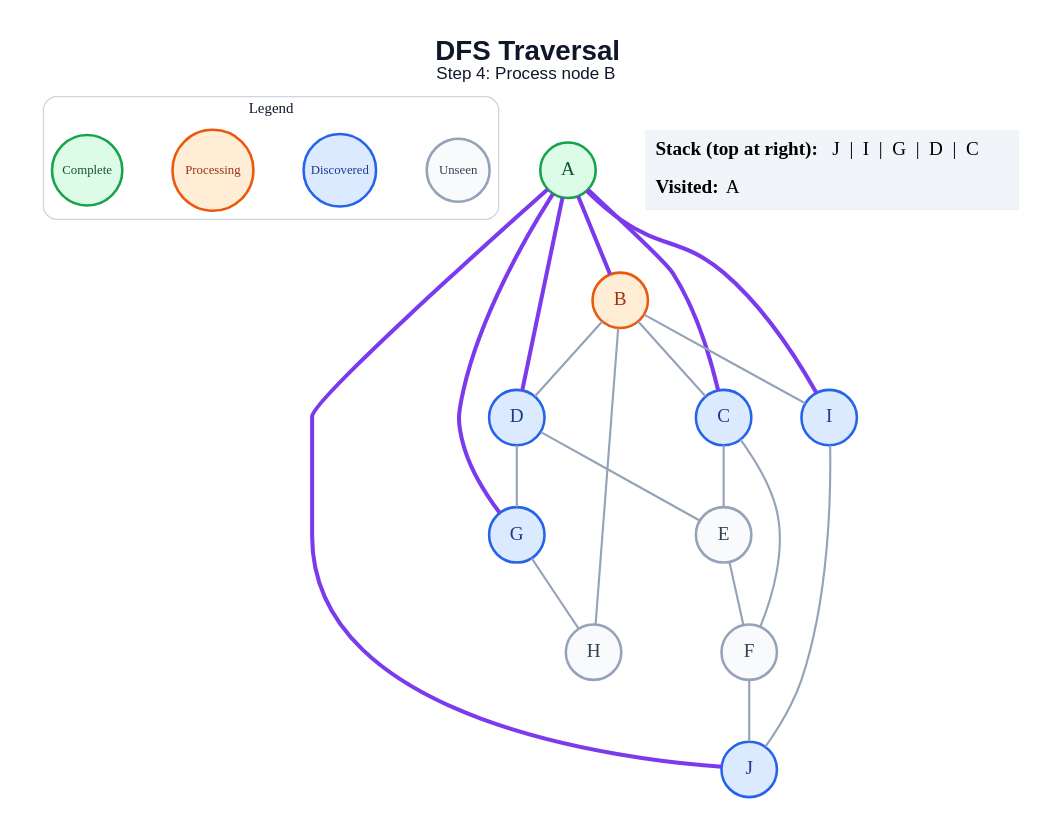
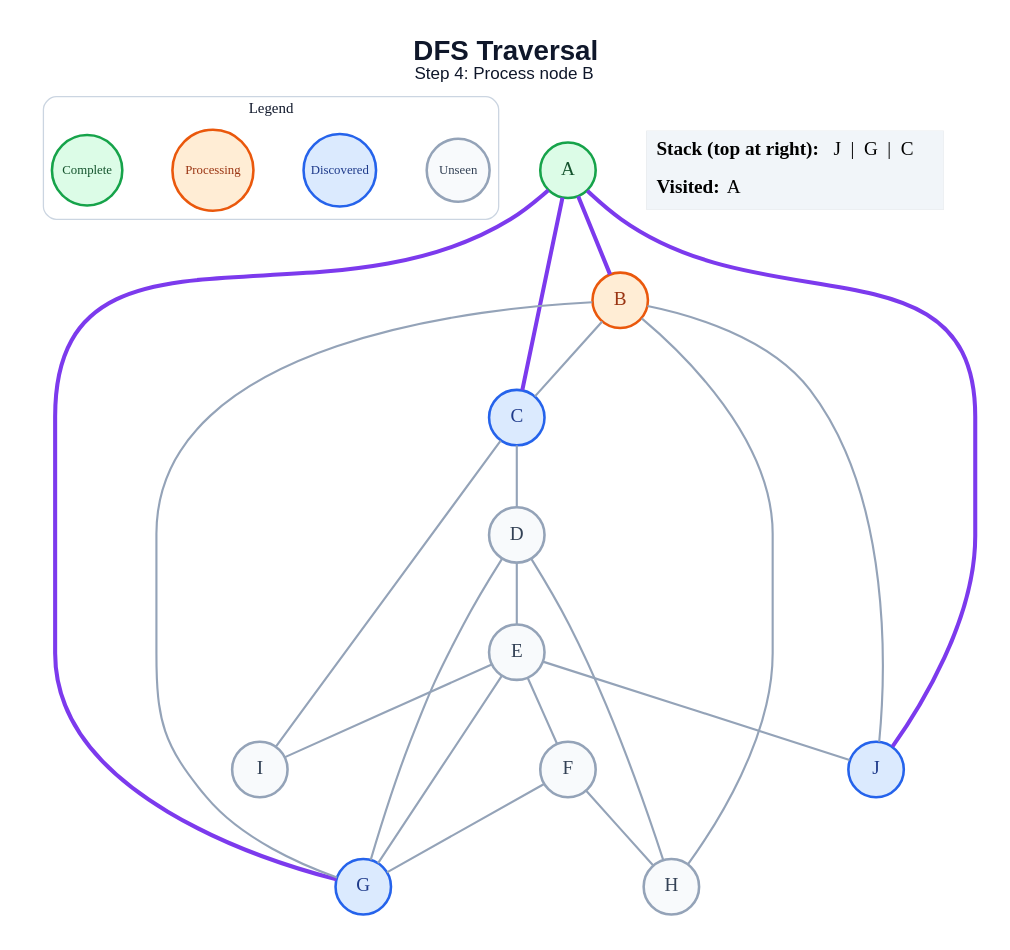
One commit to amanghodawala9/ai-slop changed the diagram in generated/dfs/step_04.dot. Above: the diagram before and after it, drawn with Graphviz. The commit also changed 178 other files, not shown here.

```diff
--- a/generated/dfs/step_04.dot
+++ b/generated/dfs/step_04.dot
@@ -1,47 +1,48 @@
 graph traversal {
   graph [layout=dot, rankdir=TB, bgcolor="#FFFFFF", pad="0.35", nodesep="0.65", ranksep="0.8", fontname="Arial"];
   node [shape=circle, style="filled", fontname="Arial Bold", fontsize=18, width=0.72, fixedsize=true, penwidth=2.4];
   edge [color="#94A3B8", penwidth=2.0];
   label=<<B>DFS Traversal</B><BR/><FONT POINT-SIZE="16">Step 4: Process node B</FONT>>; labelloc="t"; fontsize=26; fontname="Arial"; fontcolor="#0F172A";
   subgraph cluster_legend { label="Legend"; color="#CBD5E1"; penwidth=1.2; style="rounded"; fontsize=14; fontname="Arial Bold";
     key_unseen [label="Unseen", fillcolor="#F8FAFC", color="#94A3B8", fontcolor="#334155", fontsize=12, width=0.82];
     key_frontier [label="Discovered", fillcolor="#DBEAFE", color="#2563EB", fontcolor="#1E3A8A", fontsize=12, width=0.95];
     key_current [label="Processing", fillcolor="#FFEDD5", color="#EA580C", fontcolor="#9A3412", fontsize=12, width=1.05];
     key_done [label="Complete", fillcolor="#DCFCE7", color="#16A34A", fontcolor="#14532D", fontsize=12, width=0.92];
     { rank=same; key_unseen; key_frontier; key_current; key_done; }
   }
   A [fillcolor="#DCFCE7", color="#16A34A", fontcolor="#14532D"];
   B [fillcolor="#FFEDD5", color="#EA580C", fontcolor="#9A3412"];
   C [fillcolor="#DBEAFE", color="#2563EB", fontcolor="#1E3A8A"];
-  D [fillcolor="#DBEAFE", color="#2563EB", fontcolor="#1E3A8A"];
+  D [fillcolor="#F8FAFC", color="#94A3B8", fontcolor="#334155"];
   E [fillcolor="#F8FAFC", color="#94A3B8", fontcolor="#334155"];
   F [fillcolor="#F8FAFC", color="#94A3B8", fontcolor="#334155"];
   G [fillcolor="#DBEAFE", color="#2563EB", fontcolor="#1E3A8A"];
   H [fillcolor="#F8FAFC", color="#94A3B8", fontcolor="#334155"];
-  I [fillcolor="#DBEAFE", color="#2563EB", fontcolor="#1E3A8A"];
+  I [fillcolor="#F8FAFC", color="#94A3B8", fontcolor="#334155"];
   J [fillcolor="#DBEAFE", color="#2563EB", fontcolor="#1E3A8A"];
   A -- B [color="#7C3AED", penwidth=3.8];
   A -- C [color="#7C3AED", penwidth=3.8];
-  A -- D [color="#7C3AED", penwidth=3.8];
   A -- G [color="#7C3AED", penwidth=3.8];
-  A -- I [color="#7C3AED", penwidth=3.8];
   A -- J [color="#7C3AED", penwidth=3.8];
   B -- C;
-  B -- D;
+  B -- G;
   B -- H;
-  B -- I;
-  C -- E;
-  C -- F;
+  B -- J;
+  C -- D;
+  C -- I;
   D -- E;
   D -- G;
+  D -- H;
   E -- F;
-  F -- J;
-  G -- H;
-  I -- J;
+  E -- G;
+  E -- I;
+  E -- J;
+  F -- G;
+  F -- H;
   status [shape=plain, fixedsize=false, width=0, height=0, margin=0, label=<
     <TABLE BORDER="0" CELLBORDER="0" CELLPADDING="7" BGCOLOR="#F1F5F9">
-      <TR><TD ALIGN="LEFT"><B>Stack (top at right):</B> J  |  I  |  G  |  D  |  C</TD></TR>
+      <TR><TD ALIGN="LEFT"><B>Stack (top at right):</B> J  |  G  |  C</TD></TR>
       <TR><TD ALIGN="LEFT"><B>Visited:</B> A</TD></TR>
     </TABLE>
   >];
 }
```
